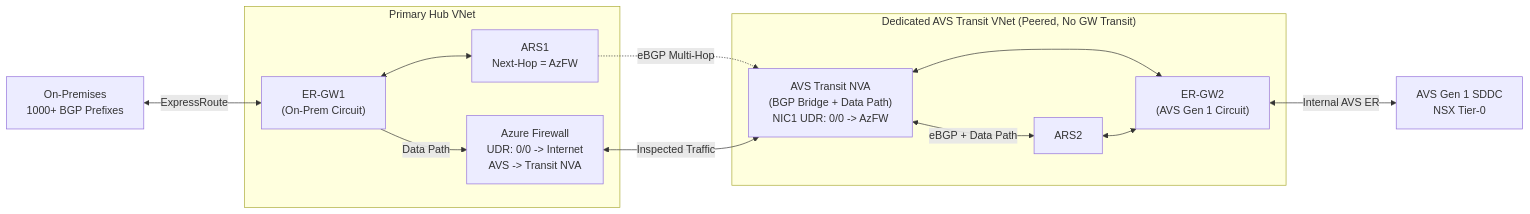
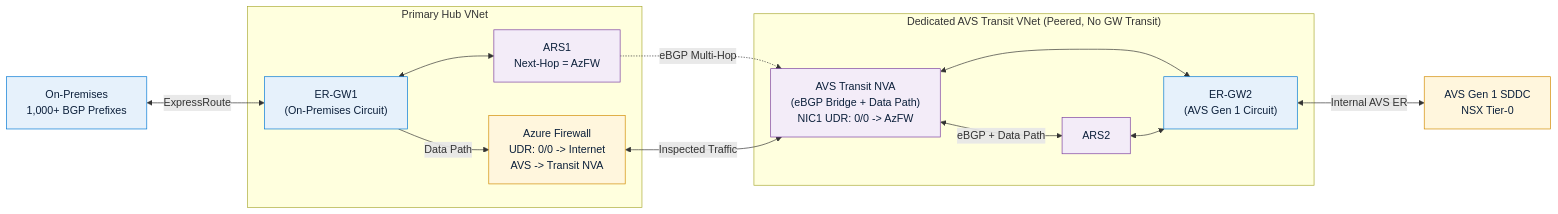
Before and after one commit to jonathan-vella/azure-networking: the second of 3 diagrams in src/content/docs/05-workload-networking/avs-networking.md, drawn with Mermaid. The commit also changed other lines of this file and 5 other files, not shown here.

Commit message:
docs(workloads): verify AKS, AVS Gen 1/2, Foundry & Fabric networking and add SVG diagrams

````diff
--- a/src/content/docs/05-workload-networking/avs-networking.md
+++ b/src/content/docs/05-workload-networking/avs-networking.md
@@ -124,28 +140,32 @@
 ```mermaid
 flowchart LR
-  OnPrem["On-Premises<br/>1000+ BGP Prefixes"]
+  classDef hub fill:#E6F1FB,stroke:#0078D4,color:#0B1F3A
+  classDef transit fill:#F3ECF8,stroke:#7B3FA0,color:#0B1F3A
+  classDef sec fill:#FFF6DD,stroke:#D18B00,color:#0B1F3A
+
+  OnPrem["On-Premises<br/>1,000+ BGP Prefixes"]:::hub
 
   subgraph HubVNet["Primary Hub VNet"]
-    ERGW1["ER-GW1<br/>(On-Prem Circuit)"]
-    ARS1["ARS1<br/>Next-Hop = AzFW"]
-    AzFW["Azure Firewall<br/>UDR: 0/0 -> Internet<br/>AVS -> Transit NVA"]
+    ERGW1["ER-GW1<br/>(On-Premises Circuit)"]:::hub
+    ARS1["ARS1<br/>Next-Hop = AzFW"]:::transit
+    AzFW["Azure Firewall<br/>UDR: 0/0 -> Internet<br/>AVS -> Transit NVA"]:::sec
   end
 
   subgraph TransitVNet["Dedicated AVS Transit VNet (Peered, No GW Transit)"]
-    NVA["AVS Transit NVA<br/>(BGP Bridge + Data Path)<br/>NIC1 UDR: 0/0 -> AzFW"]
-    ARS2["ARS2"]
-    ERGW2["ER-GW2<br/>(AVS Gen 1 Circuit)"]
+    NVA["AVS Transit NVA<br/>(eBGP Bridge + Data Path)<br/>NIC1 UDR: 0/0 -> AzFW"]:::transit
+    ARS2["ARS2"]:::transit
+    ERGW2["ER-GW2<br/>(AVS Gen 1 Circuit)"]:::hub
   end
 
-  AVS["AVS Gen 1 SDDC<br/>NSX Tier-0"]
+  AVS["AVS Gen 1 SDDC<br/>NSX Tier-0"]:::sec
 
   OnPrem <-->|ExpressRoute| ERGW1
   ERGW1 <--> ARS1
   ARS1 -.->|eBGP Multi-Hop| NVA
   ERGW1 -->|Data Path| AzFW
   AzFW <-->|Inspected Traffic| NVA
   NVA <-->|eBGP + Data Path| ARS2
   NVA <--> ERGW2
   ARS2 <--> ERGW2
   ERGW2 <-->|Internal AVS ER| AVS
 ```
````
